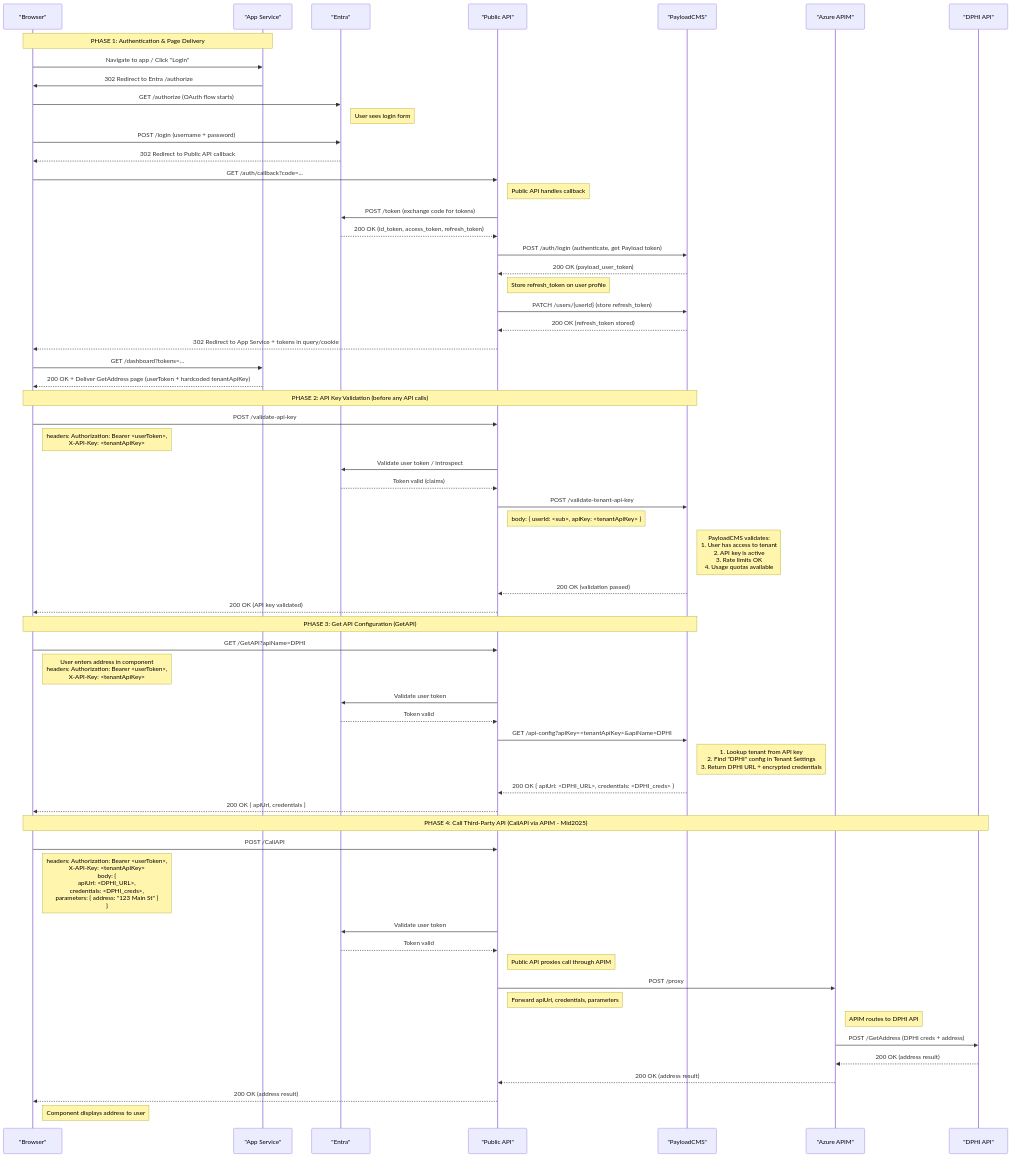
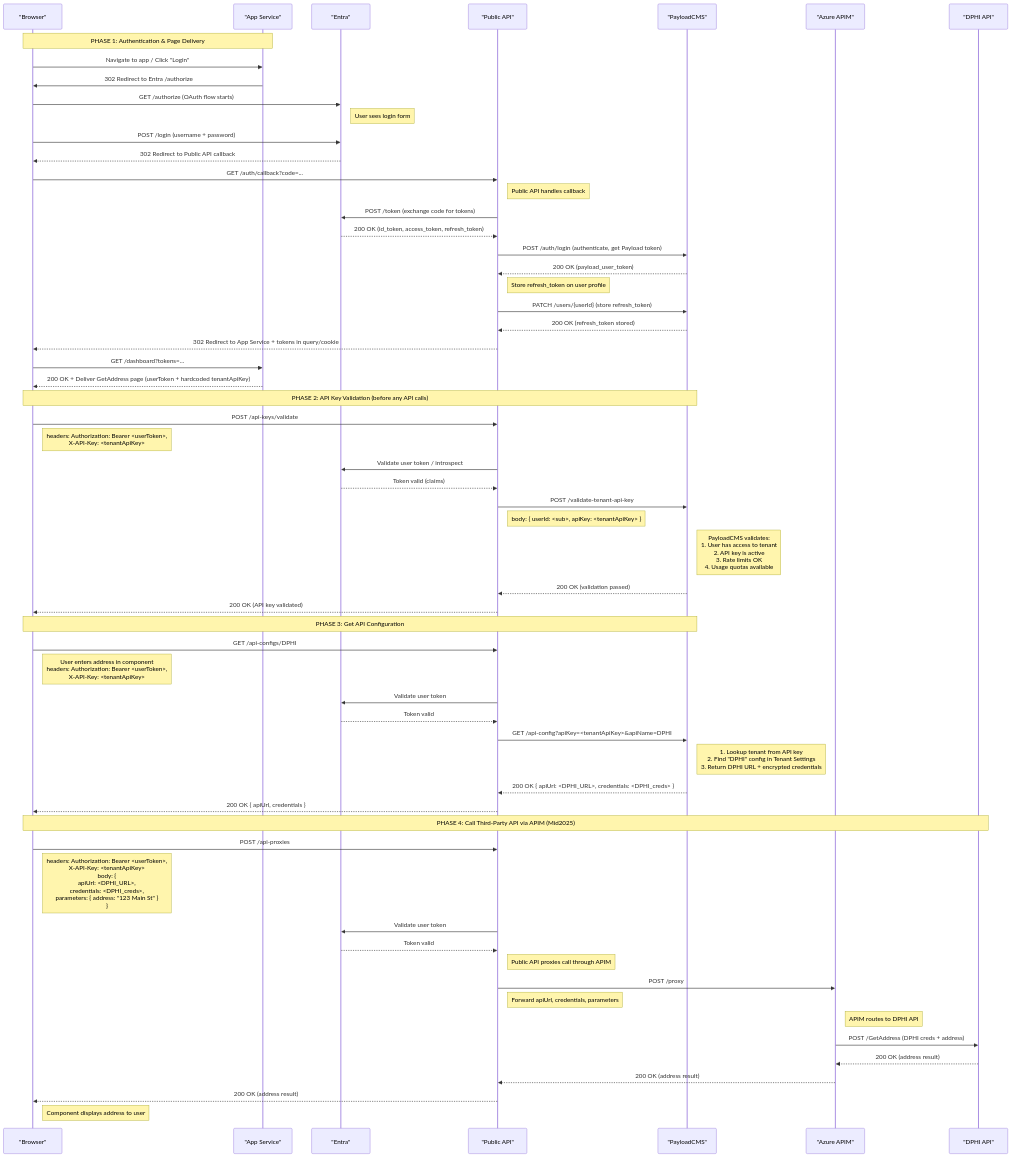
The diagram in .specify/memory/prototypesequence.md (enterpriseaigroup/eai-daisy-components), drawn with Mermaid before and after one commit. The commit also changed other lines of this file, not shown here.

````diff
--- a/.specify/memory/prototypesequence.md
+++ b/.specify/memory/prototypesequence.md
@@ -251,80 +299,80 @@
 ```mermaid
 sequenceDiagram
   participant Browser as "Browser"
   participant AppService as "App Service"
   participant Entra as "Entra"
   participant PublicAPI as "Public API"
   participant Payload as "PayloadCMS"
   participant APIM as "Azure APIM"
   participant DPHI as "DPHI API"
 
   Note over Browser,AppService: PHASE 1: Authentication & Page Delivery
   Browser->>AppService: Navigate to app / Click "Login"
   AppService->>Browser: 302 Redirect to Entra /authorize
   Browser->>Entra: GET /authorize (OAuth flow starts)
   Note right of Entra: User sees login form
   Browser->>Entra: POST /login (username + password)
   Entra-->>Browser: 302 Redirect to Public API callback
   Browser->>PublicAPI: GET /auth/callback?code=...
 
   Note right of PublicAPI: Public API handles callback
   PublicAPI->>Entra: POST /token (exchange code for tokens)
   Entra-->>PublicAPI: 200 OK (id_token, access_token, refresh_token)
 
   PublicAPI->>Payload: POST /auth/login (authenticate, get Payload token)
   Payload-->>PublicAPI: 200 OK (payload_user_token)
 
   Note right of PublicAPI: Store refresh_token on user profile
   PublicAPI->>Payload: PATCH /users/{userId} (store refresh_token)
   Payload-->>PublicAPI: 200 OK (refresh_token stored)
 
   PublicAPI-->>Browser: 302 Redirect to App Service + tokens in query/cookie
   Browser->>AppService: GET /dashboard?tokens=...
   AppService-->>Browser: 200 OK + Deliver GetAddress page (userToken + hardcoded tenantApiKey)
 
   Note over Browser,Payload: PHASE 2: API Key Validation (before any API calls)
-  Browser->>PublicAPI: POST /validate-api-key
+  Browser->>PublicAPI: POST /api-keys/validate
     note right of Browser: headers: Authorization: Bearer <userToken>,<br/>X-API-Key: <tenantApiKey>
 
   PublicAPI->>Entra: Validate user token / introspect
   Entra-->>PublicAPI: Token valid (claims)
 
   PublicAPI->>Payload: POST /validate-tenant-api-key
     note right of PublicAPI: body: { userId: <sub>, apiKey: <tenantApiKey> }
 
   Note right of Payload: PayloadCMS validates:<br/>1. User has access to tenant<br/>2. API key is active<br/>3. Rate limits OK<br/>4. Usage quotas available
   Payload-->>PublicAPI: 200 OK (validation passed)
   PublicAPI-->>Browser: 200 OK (API key validated)
 
-  Note over Browser,Payload: PHASE 3: Get API Configuration (GetAPI)
-  Browser->>PublicAPI: GET /GetAPI?apiName=DPHI
+  Note over Browser,Payload: PHASE 3: Get API Configuration
+  Browser->>PublicAPI: GET /api-configs/DPHI
     note right of Browser: User enters address in component<br/>headers: Authorization: Bearer <userToken>,<br/>X-API-Key: <tenantApiKey>
 
   PublicAPI->>Entra: Validate user token
   Entra-->>PublicAPI: Token valid
 
   PublicAPI->>Payload: GET /api-config?apiKey=<tenantApiKey>&apiName=DPHI
   Note right of Payload: 1. Lookup tenant from API key<br/>2. Find "DPHI" config in Tenant Settings<br/>3. Return DPHI URL + encrypted credentials
   Payload-->>PublicAPI: 200 OK { apiUrl: <DPHI_URL>, credentials: <DPHI_creds> }
 
   PublicAPI-->>Browser: 200 OK { apiUrl, credentials }
 
-  Note over Browser,DPHI: PHASE 4: Call Third-Party API (CallAPI via APIM - Mid2025)
-  Browser->>PublicAPI: POST /CallAPI
+  Note over Browser,DPHI: PHASE 4: Call Third-Party API via APIM (Mid2025)
+  Browser->>PublicAPI: POST /api-proxies
     note right of Browser: headers: Authorization: Bearer <userToken>,<br/>X-API-Key: <tenantApiKey><br/>body: {<br/>  apiUrl: <DPHI_URL>,<br/>  credentials: <DPHI_creds>,<br/>  parameters: { address: "123 Main St" }<br/>}
 
   PublicAPI->>Entra: Validate user token
   Entra-->>PublicAPI: Token valid
 
   Note right of PublicAPI: Public API proxies call through APIM
   PublicAPI->>APIM: POST /proxy
     note right of PublicAPI: Forward apiUrl, credentials, parameters
 
   Note right of APIM: APIM routes to DPHI API
   APIM->>DPHI: POST /GetAddress (DPHI creds + address)
   DPHI-->>APIM: 200 OK (address result)
 
   APIM-->>PublicAPI: 200 OK (address result)
   PublicAPI-->>Browser: 200 OK (address result)
   Note right of Browser: Component displays address to user
 ```
````
